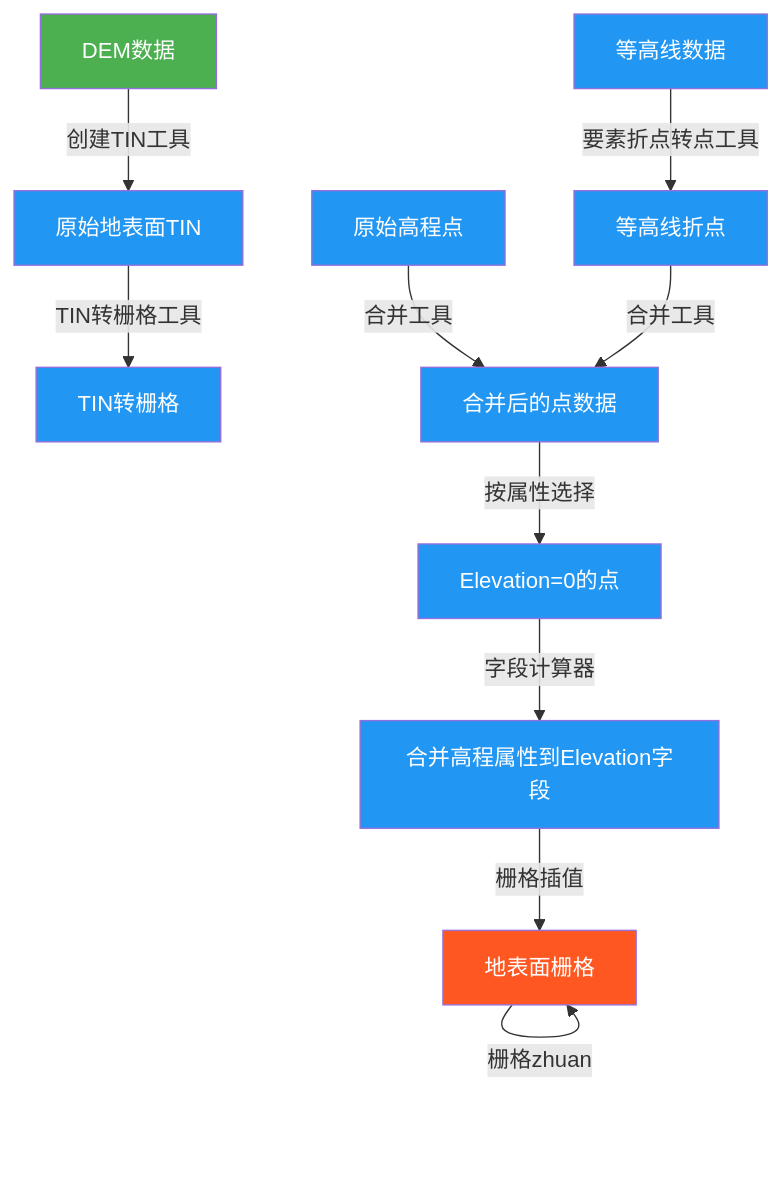
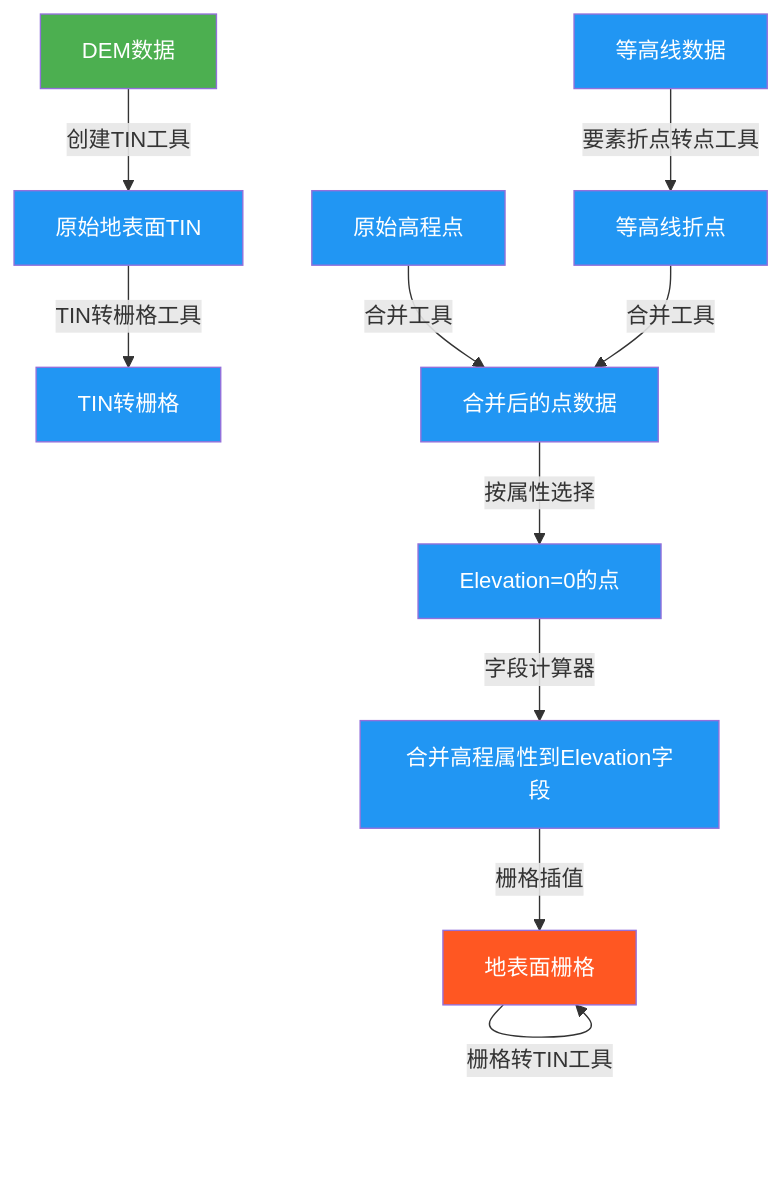
The diagram in all/未命名.md (newguser/iodraw-files), drawn with Mermaid before and after one commit.

Commit message:
2025-02-27 21:36:00 update

````diff
--- a/all/未命名.md
+++ b/all/未命名.md
@@ -1,17 +1,17 @@
 ```mermaid
 graph TD
     A[DEM数据] -->|创建TIN工具| B[原始地表面TIN]
     B -->|TIN转栅格工具| C[TIN转栅格]
         D1[等高线数据] -->|要素折点转点工具| D2[等高线折点]
         D3[原始高程点] -->|合并工具| D4[合并后的点数据]
         D2 -->|合并工具| D4
         D4 -->|按属性选择| D5[Elevation=0的点]
         D5 -->|字段计算器| D6[合并高程属性到Elevation字段]
         D6 -->|栅格插值| D[地表面栅格]
-        D[地表面栅格]-->|栅格zhuan| D[地表面栅格]
+        D[地表面栅格]-->|栅格转TIN工具| D[地表面栅格]
 
     style A fill:#4CAF50,color:white
     style D fill:#FF5722,color:white
     classDef process fill:#2196F3,color:white;
     class B,C,D1,D2,D3,D4,D5,D6 process
 ```
````
